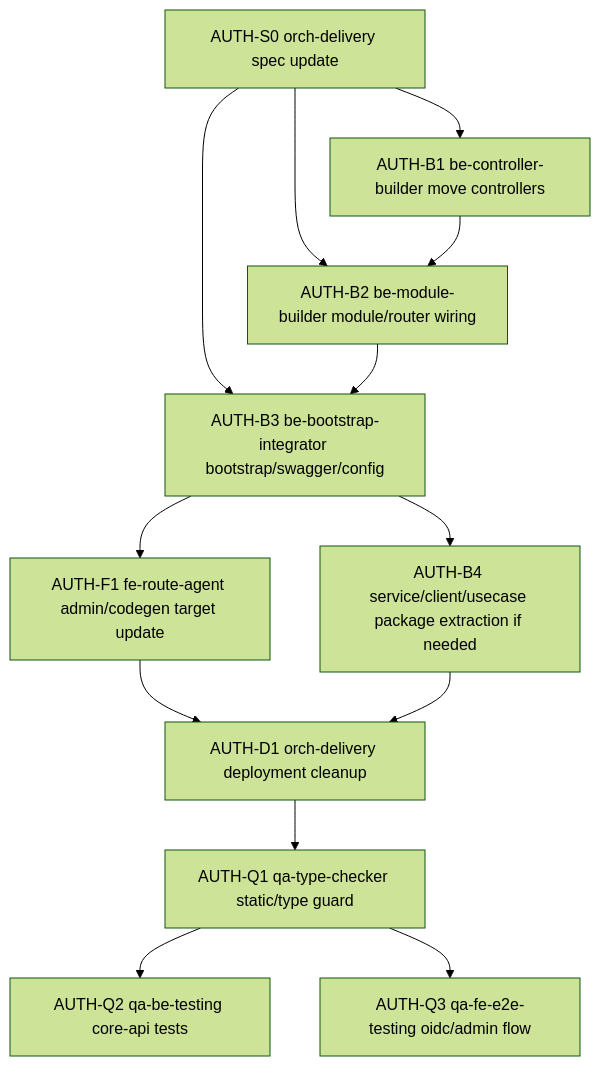
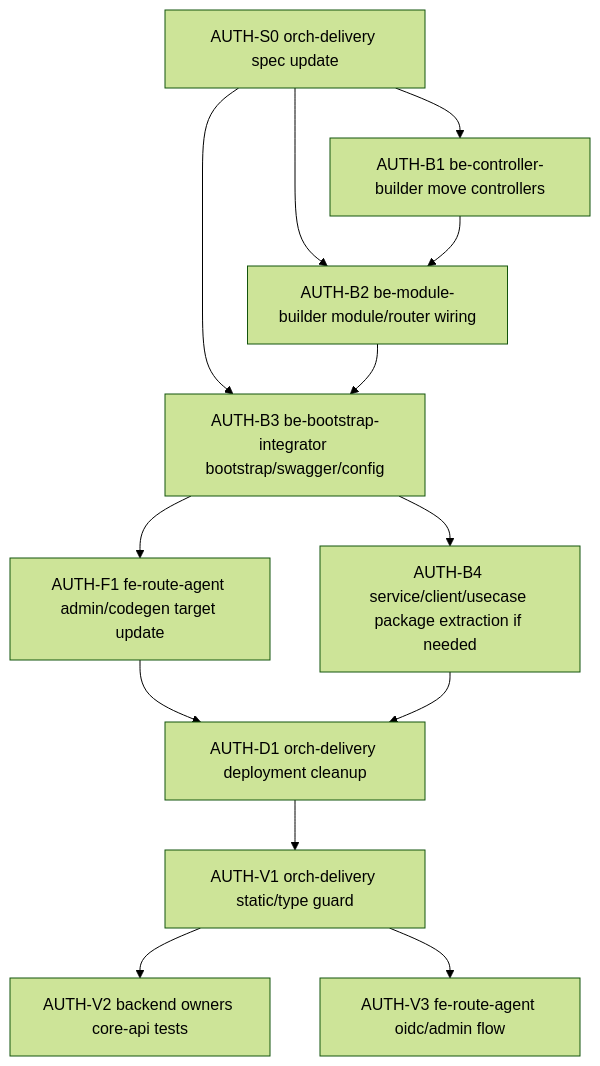
The diagram in docs/services/admin-auth.delivery.spec.md (kimjoongwon/prj-core), drawn with Mermaid (forest theme) before and after one commit. The commit also changed other lines of this file and 413 other files, not shown here.

````diff
--- a/docs/services/admin-auth.delivery.spec.md
+++ b/docs/services/admin-auth.delivery.spec.md
@@ -86,26 +86,26 @@
 ```mermaid
 flowchart TD
   S0["AUTH-S0 orch-delivery spec update"]
   B1["AUTH-B1 be-controller-builder move controllers"]
   B2["AUTH-B2 be-module-builder module/router wiring"]
   B3["AUTH-B3 be-bootstrap-integrator bootstrap/swagger/config"]
   B4["AUTH-B4 service/client/usecase package extraction if needed"]
   F1["AUTH-F1 fe-route-agent admin/codegen target update"]
   D1["AUTH-D1 orch-delivery deployment cleanup"]
-  Q1["AUTH-Q1 qa-type-checker static/type guard"]
-  Q2["AUTH-Q2 qa-be-testing core-api tests"]
-  Q3["AUTH-Q3 qa-fe-e2e-testing oidc/admin flow"]
+  V1["AUTH-V1 orch-delivery static/type guard"]
+  V2["AUTH-V2 backend owners core-api tests"]
+  V3["AUTH-V3 fe-route-agent oidc/admin flow"]
 
   S0 --> B1
   S0 --> B2
   S0 --> B3
   B1 --> B2
   B2 --> B3
   B3 --> B4
   B3 --> F1
   F1 --> D1
   B4 --> D1
-  D1 --> Q1
-  Q1 --> Q2
-  Q1 --> Q3
+  D1 --> V1
+  V1 --> V2
+  V1 --> V3
 ```
````
